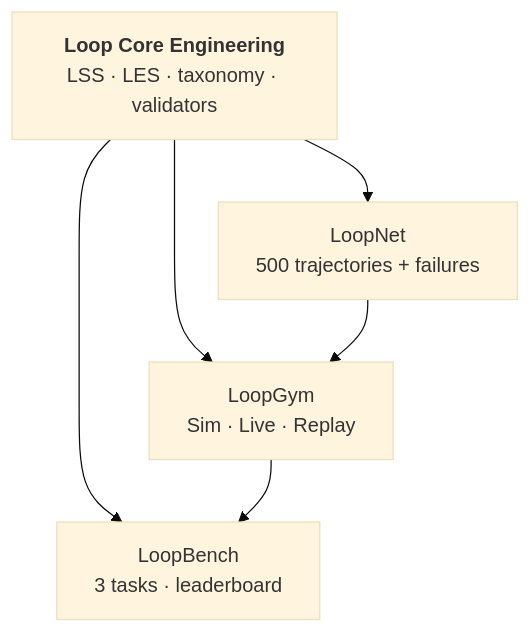
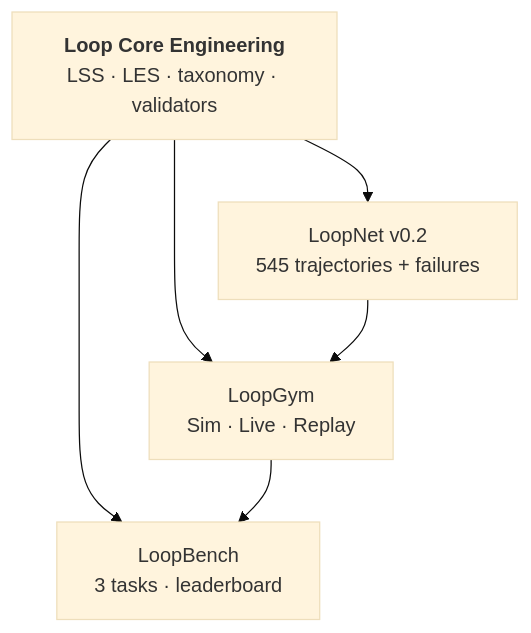
One commit to KanakMalpani/Loop-Core-Engineering changed the diagram in README.md. Above: the diagram before and after it, drawn with Mermaid (base theme). The commit also changed other lines of this file, not shown here.

Commit message:
Point ecosystem README at LoopNet v0.2 (545 records).

````diff
--- a/README.md
+++ b/README.md
@@ -56,13 +56,13 @@
 ```mermaid
 flowchart TB
   CORE["<b>Loop Core Engineering</b><br/>LSS · LES · taxonomy · validators"]
-  NET["LoopNet<br/>500 trajectories + failures"]
+  NET["LoopNet v0.2<br/>545 trajectories + failures"]
   GYM["LoopGym<br/>Sim · Live · Replay"]
   BENCH["LoopBench<br/>3 tasks · leaderboard"]
 
   CORE --> NET
   CORE --> GYM
   CORE --> BENCH
   NET --> GYM
   GYM --> BENCH
 ```
````
